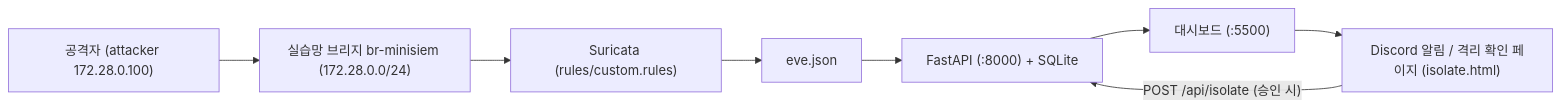
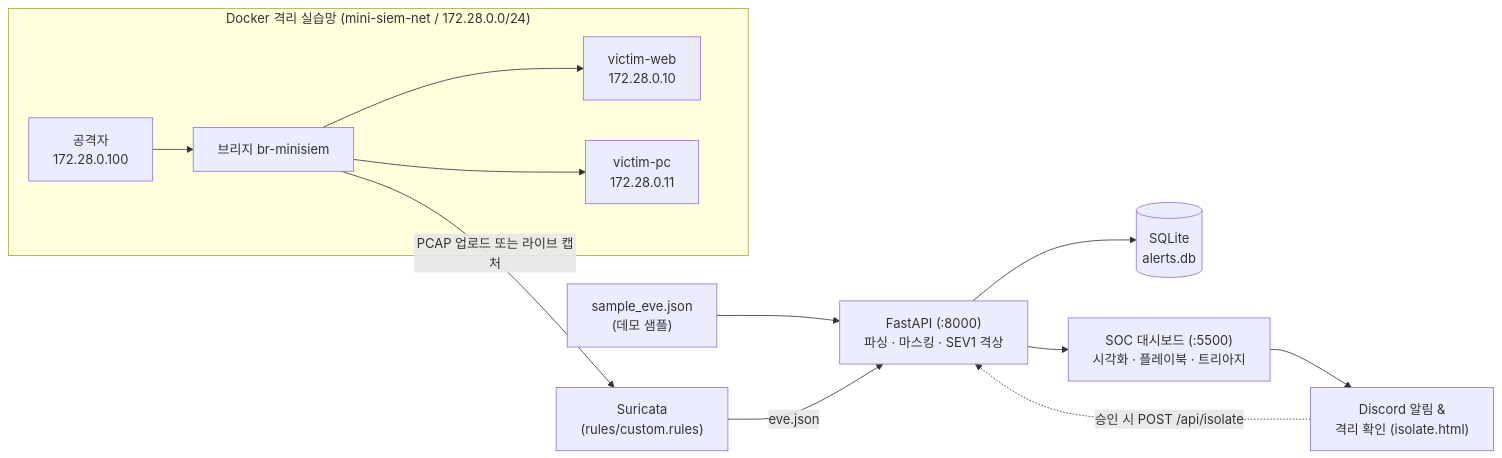
One commit to Weo0o0/RookiRooki changed the diagram in README.md. Above: the diagram before and after it, drawn with Mermaid. The commit also changed other lines of this file, not shown here.

Commit message:
docs: README 가독성 전면 개편 (중복 제거·다이어그램 통합·상세 접기 적용)

````diff
--- a/README.md
+++ b/README.md
@@ -71,10 +72,16 @@
 ```mermaid
 flowchart LR
-  Attacker["공격자 (attacker 172.28.0.100)"] --> Bridge["실습망 브리지 br-minisiem (172.28.0.0/24)"]
-  Bridge --> Suricata["Suricata (rules/custom.rules)"]
-  Suricata --> Eve["eve.json"]
-  Eve --> Backend["FastAPI (:8000) + SQLite"]
-  Backend --> Dashboard["대시보드 (:5500)"]
-  Dashboard --> Discord["Discord 알림 / 격리 확인 페이지 (isolate.html)"]
-  Discord -->|"POST /api/isolate (승인 시)"| Backend
+  subgraph Lab["Docker 격리 실습망 (mini-siem-net / 172.28.0.0/24)"]
+    Attacker["공격자<br/>172.28.0.100"] --> Bridge["브리지 br-minisiem"]
+    Bridge --> Web["victim-web<br/>172.28.0.10"]
+    Bridge --> Pc["victim-pc<br/>172.28.0.11"]
+  end
+
+  Bridge -->|"PCAP 업로드 또는 라이브 캡처"| Suricata["Suricata<br/>(rules/custom.rules)"]
+  Sample["sample_eve.json<br/>(데모 샘플)"] --> Backend
+  Suricata -->|"eve.json"| Backend["FastAPI (:8000)<br/>파싱 · 마스킹 · SEV1 격상"]
+  Backend --> DB[("SQLite<br/>alerts.db")]
+  Backend --> Dashboard["SOC 대시보드 (:5500)<br/>시각화 · 플레이북 · 트리아지"]
+  Dashboard --> Discord["Discord 알림 &<br/>격리 확인 (isolate.html)"]
+  Discord -.->|"승인 시 POST /api/isolate"| Backend
 ```
````
